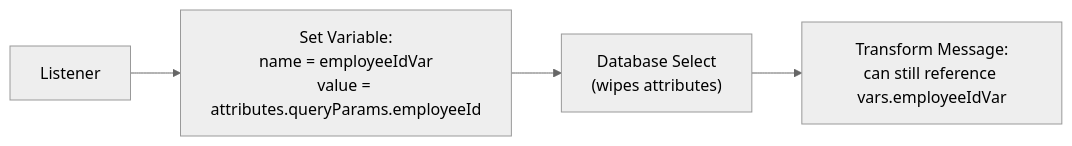
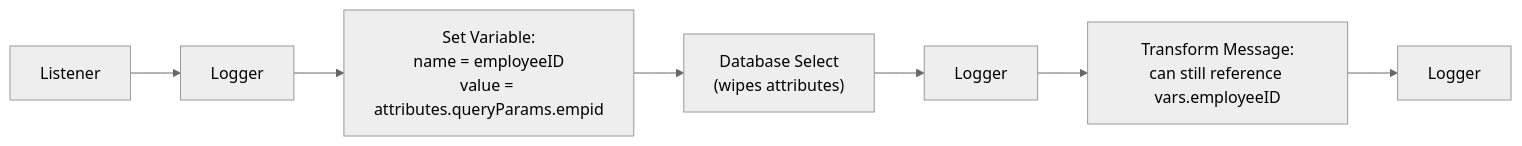
The seventh of 11 diagrams in detailed-notes/day07.md (developerashok99/green-c-mule-notes), drawn with Mermaid (neutral theme) before and after one commit. The commit also changed other lines of this file and 27 other files, not shown here.

````diff
--- a/detailed-notes/day07.md
+++ b/detailed-notes/day07.md
@@ -122,6 +133,6 @@
 ```mermaid
 flowchart LR
-    L[Listener] --> SV2["Set Variable:<br/>name = employeeIdVar<br/>value = attributes.queryParams.employeeId"]
+    L[Listener] --> Lg[Logger] --> SV2["Set Variable:<br/>name = employeeID<br/>value = attributes.queryParams.empid"]
     SV2 --> DB2["Database Select<br/>(wipes attributes)"]
-    DB2 --> TM2["Transform Message:<br/>can still reference vars.employeeIdVar"]
+    DB2 --> Lg2[Logger] --> TM2["Transform Message:<br/>can still reference vars.employeeID"] --> Lg3[Logger]
 ```
````
